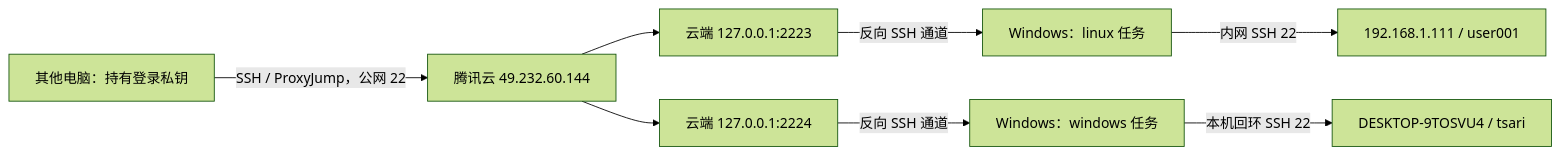
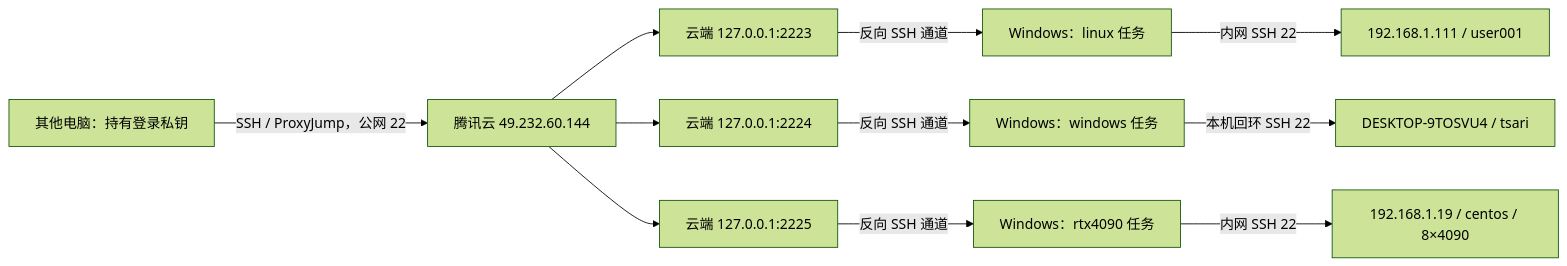
The diagram in ops/windows-ssh-relays/README.md (adamyjl/gaasd), drawn with Mermaid (forest theme) before and after one commit. The commit also changed other lines of this file and 16 other files, not shown here.

Commit message:
feat: add independent Suzhou RTX 4090 SSH relay

````diff
--- a/ops/windows-ssh-relays/README.md
+++ b/ops/windows-ssh-relays/README.md
@@ -13,10 +13,13 @@
 ```mermaid
 flowchart LR
     PC["其他电脑：持有登录私钥"] -->|SSH / ProxyJump，公网 22| CLOUD["腾讯云 49.232.60.144"]
     CLOUD --> L["云端 127.0.0.1:2223"]
     CLOUD --> W["云端 127.0.0.1:2224"]
+    CLOUD --> R["云端 127.0.0.1:2225"]
     L -->|反向 SSH 通道| WL["Windows：linux 任务"]
     W -->|反向 SSH 通道| WW["Windows：windows 任务"]
+    R -->|反向 SSH 通道| WR["Windows：rtx4090 任务"]
     WL -->|内网 SSH 22| LINUX["192.168.1.111 / user001"]
     WW -->|本机回环 SSH 22| WIN["DESKTOP-9TOSVU4 / tsari"]
+    WR -->|内网 SSH 22| GPU["192.168.1.19 / centos / 8×4090"]
 ```
````
